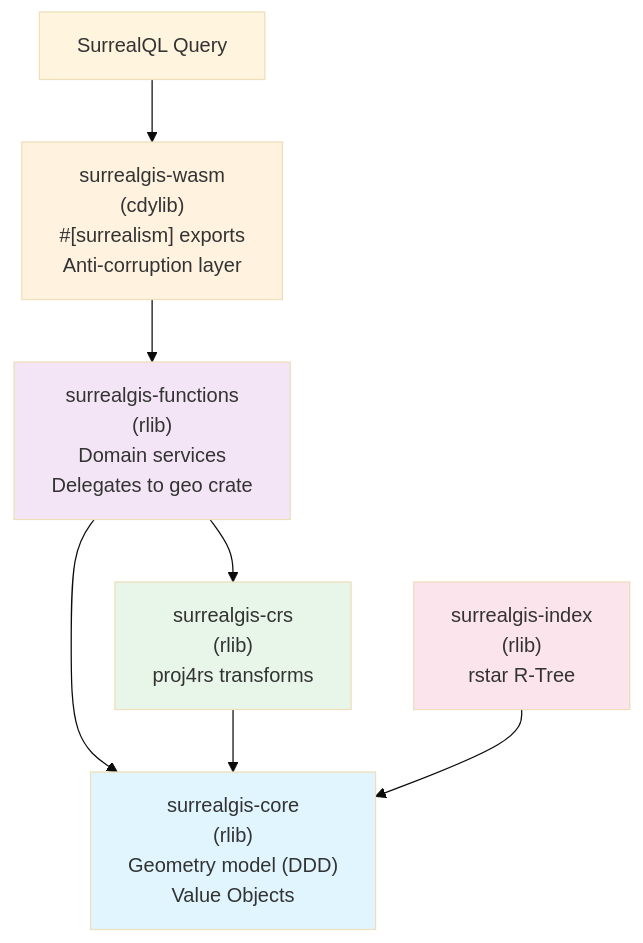
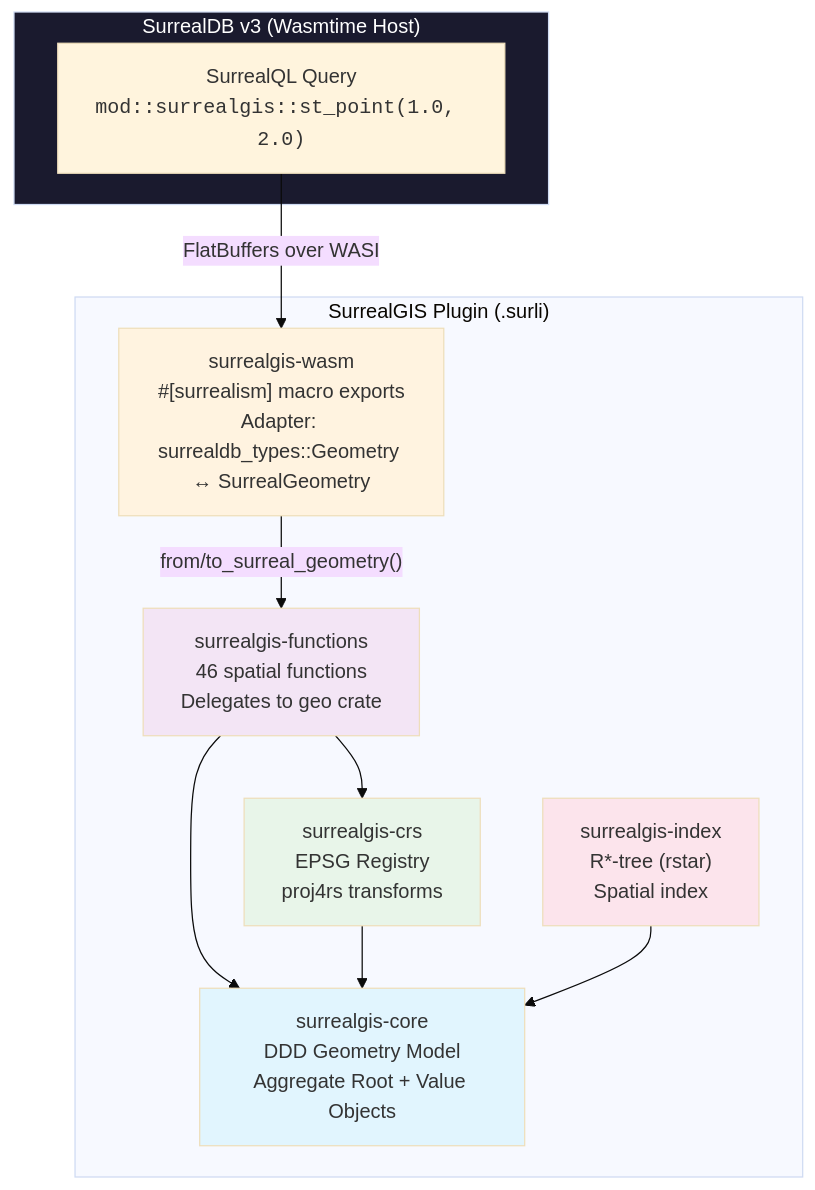
One commit to nitin84india/surreal-gis changed the first of 4 diagrams in README.md. Above: the diagram before and after it, drawn with Mermaid (base theme). The commit also changed other lines of this file and 20 other files, not shown here.

First line of the commit message:
feat: integrate Surrealism SDK and deploy as SurrealDB v3 WASM plugin

````diff
--- a/README.md
+++ b/README.md
@@ -9,22 +20,28 @@
 ```mermaid
 graph TD
-    SurrealQL["SurrealQL Query"]
-    WASM["surrealgis-wasm<br/>(cdylib)<br/>#[surrealism] exports<br/>Anti-corruption layer"]
-    FN["surrealgis-functions<br/>(rlib)<br/>Domain services<br/>Delegates to geo crate"]
-    CORE["surrealgis-core<br/>(rlib)<br/>Geometry model (DDD)<br/>Value Objects"]
-    CRS["surrealgis-crs<br/>(rlib)<br/>proj4rs transforms"]
-    IDX["surrealgis-index<br/>(rlib)<br/>rstar R-Tree"]
+    subgraph SurrealDB["SurrealDB v3 (Wasmtime Host)"]
+        SurrealQL["SurrealQL Query<br/><code>mod::surrealgis::st_point(1.0, 2.0)</code>"]
+    end
 
-    SurrealQL --> WASM
-    WASM --> FN
+    subgraph Plugin["SurrealGIS Plugin (.surli)"]
+        WASM["surrealgis-wasm<br/>#[surrealism] macro exports<br/>Adapter: surrealdb_types::Geometry ↔ SurrealGeometry"]
+        FN["surrealgis-functions<br/>46 spatial functions<br/>Delegates to geo crate"]
+        CORE["surrealgis-core<br/>DDD Geometry Model<br/>Aggregate Root + Value Objects"]
+        CRS["surrealgis-crs<br/>EPSG Registry<br/>proj4rs transforms"]
+        IDX["surrealgis-index<br/>R*-tree (rstar)<br/>Spatial index"]
+    end
+
+    SurrealQL -->|"FlatBuffers over WASI"| WASM
+    WASM -->|"from/to_surreal_geometry()"| FN
     FN --> CORE
     FN --> CRS
     CRS --> CORE
     IDX --> CORE
 
+    style SurrealDB fill:#1a1a2e,color:#fff
+    style WASM fill:#fff3e0
+    style FN fill:#f3e5f5
     style CORE fill:#e1f5fe
-    style FN fill:#f3e5f5
-    style WASM fill:#fff3e0
     style CRS fill:#e8f5e9
     style IDX fill:#fce4ec
 ```
````
